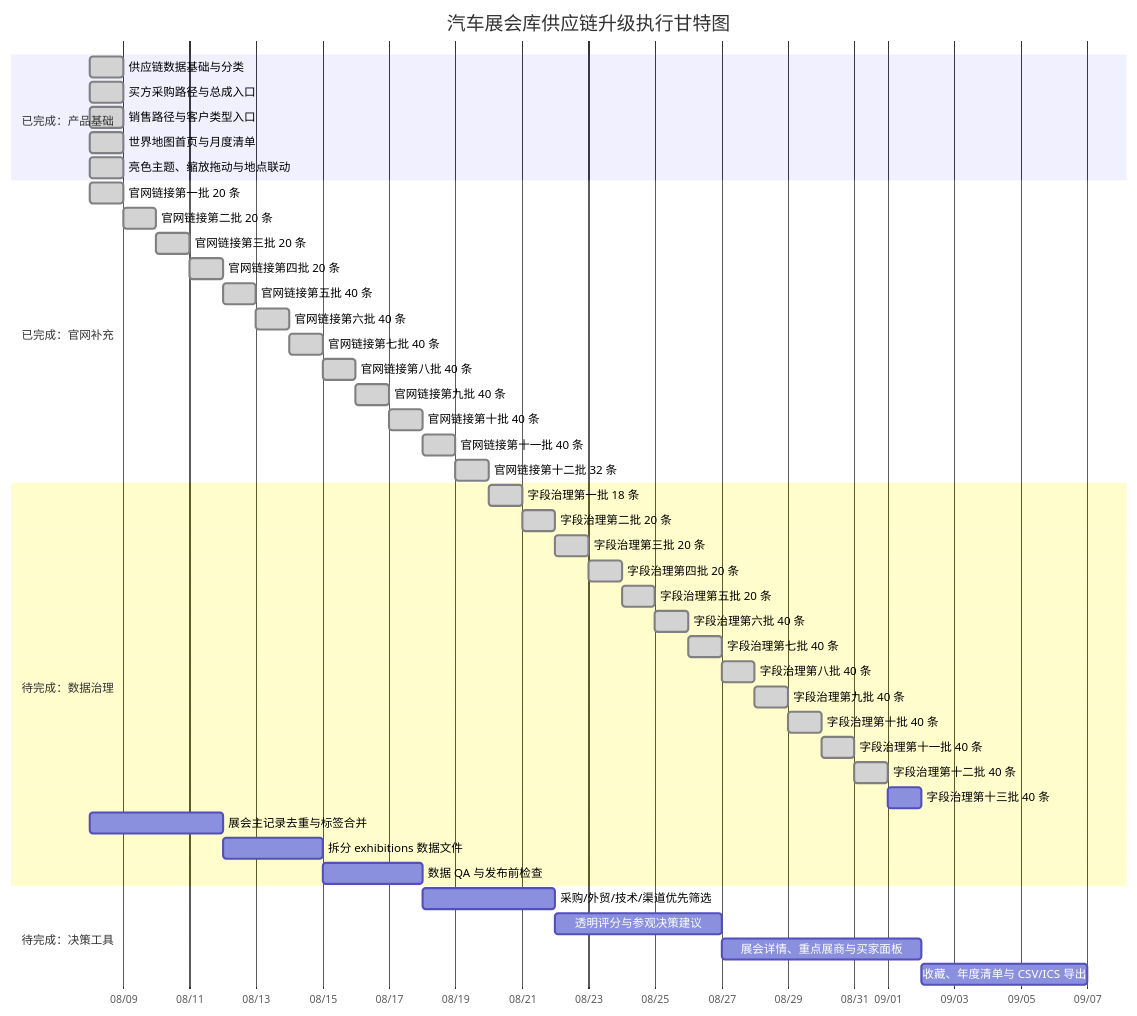
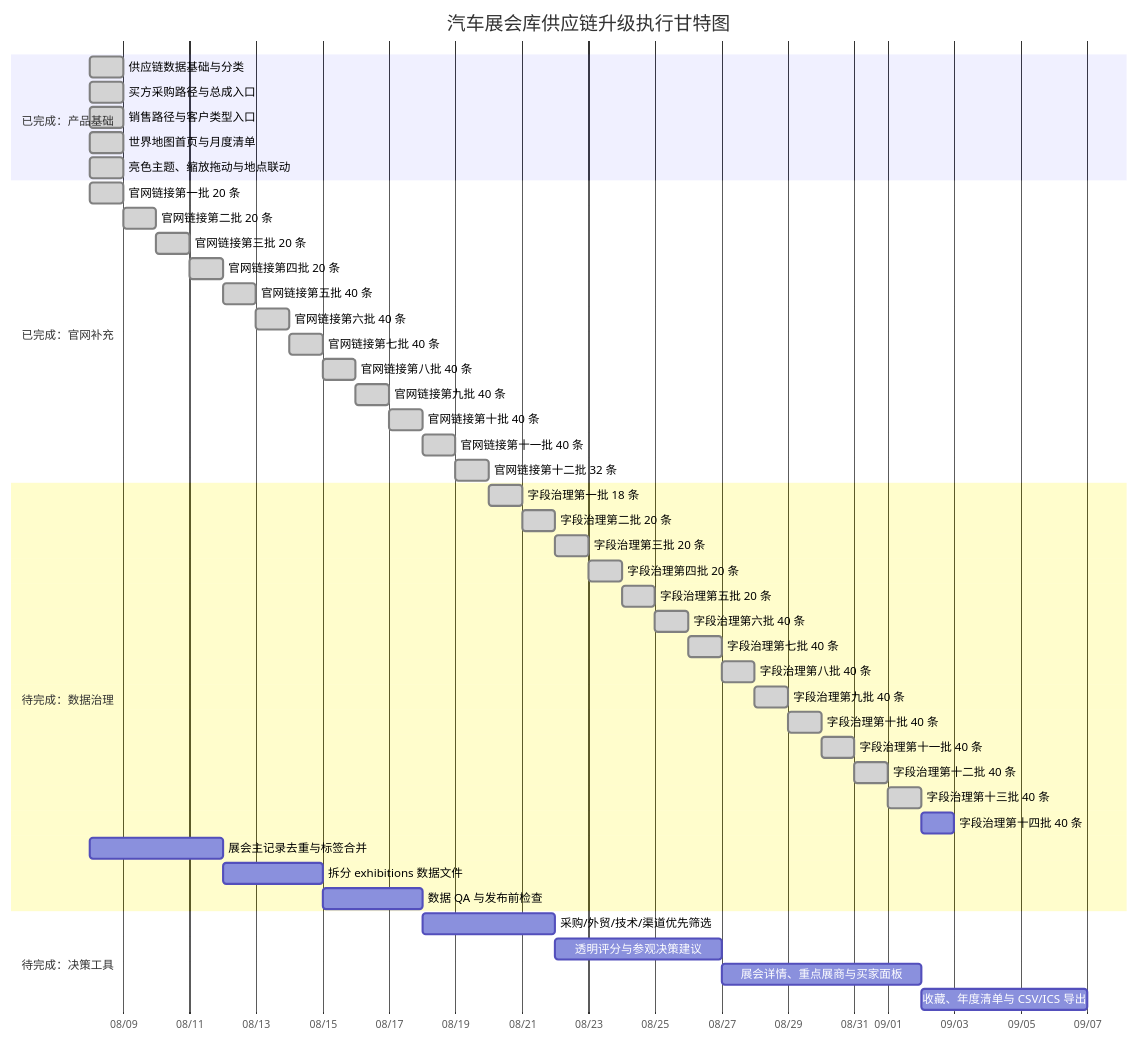
One commit to Cloudyluk/auto-expo changed the diagram in docs/PROJECT_PROGRESS.md. Above: the diagram before and after it, drawn with Mermaid. The commit also changed other lines of this file and 2 other files, not shown here.

````diff
--- a/docs/PROJECT_PROGRESS.md
+++ b/docs/PROJECT_PROGRESS.md
@@ -20,47 +20,48 @@
 ```mermaid
 gantt
     title 汽车展会库供应链升级执行甘特图
     dateFormat  YYYY-MM-DD
     axisFormat  %m/%d
     section 已完成：产品基础
     供应链数据基础与分类             :done, foundation, 2026-08-08, 1d
     买方采购路径与总成入口           :done, buyer, 2026-08-08, 1d
     销售路径与客户类型入口           :done, seller, 2026-08-08, 1d
     世界地图首页与月度清单           :done, map, 2026-08-08, 1d
     亮色主题、缩放拖动与地点联动     :done, interaction, 2026-08-08, 1d
     section 已完成：官网补充
     官网链接第一批 20 条             :done, links1, 2026-08-08, 1d
     官网链接第二批 20 条             :done, links2, after links1, 1d
     官网链接第三批 20 条             :done, links3, after links2, 1d
     官网链接第四批 20 条             :done, links4, after links3, 1d
     官网链接第五批 40 条             :done, links5done, after links4, 1d
     官网链接第六批 40 条             :done, links6done, after links5done, 1d
     官网链接第七批 40 条             :done, links7done, after links6done, 1d
     官网链接第八批 40 条             :done, links8done, after links7done, 1d
     官网链接第九批 40 条             :done, links9done, after links8done, 1d
     官网链接第十批 40 条             :done, links10done, after links9done, 1d
     官网链接第十一批 40 条           :done, links11done, after links10done, 1d
     官网链接第十二批 32 条           :done, links12done, after links11done, 1d
     section 待完成：数据治理
     字段治理第一批 18 条             :done, fields1, after links12done, 1d
     字段治理第二批 20 条             :done, fields2, after fields1, 1d
     字段治理第三批 20 条             :done, fields3, after fields2, 1d
     字段治理第四批 20 条             :done, fields4, after fields3, 1d
     字段治理第五批 20 条             :done, fields5, after fields4, 1d
     字段治理第六批 40 条             :done, fields6, after fields5, 1d
     字段治理第七批 40 条             :done, fields7, after fields6, 1d
     字段治理第八批 40 条             :done, fields8, after fields7, 1d
     字段治理第九批 40 条             :done, fields9, after fields8, 1d
     字段治理第十批 40 条             :done, fields10, after fields9, 1d
     字段治理第十一批 40 条           :done, fields11, after fields10, 1d
     字段治理第十二批 40 条           :done, fields12, after fields11, 1d
-    字段治理第十三批 40 条           :fields13, after fields12, 1d
+    字段治理第十三批 40 条           :done, fields13, after fields12, 1d
+    字段治理第十四批 40 条           :fields14, after fields13, 1d
     展会主记录去重与标签合并         :dedupe, after fields, 4d
     拆分 exhibitions 数据文件        :split, after dedupe, 3d
     数据 QA 与发布前检查              :qa, after split, 3d
     section 待完成：决策工具
     采购/外贸/技术/渠道优先筛选       :filters, after qa, 4d
     透明评分与参观决策建议           :score, after filters, 5d
     展会详情、重点展商与买家面板      :detail, after score, 6d
     收藏、年度清单与 CSV/ICS 导出     :plan, after detail, 5d
 ```
````
